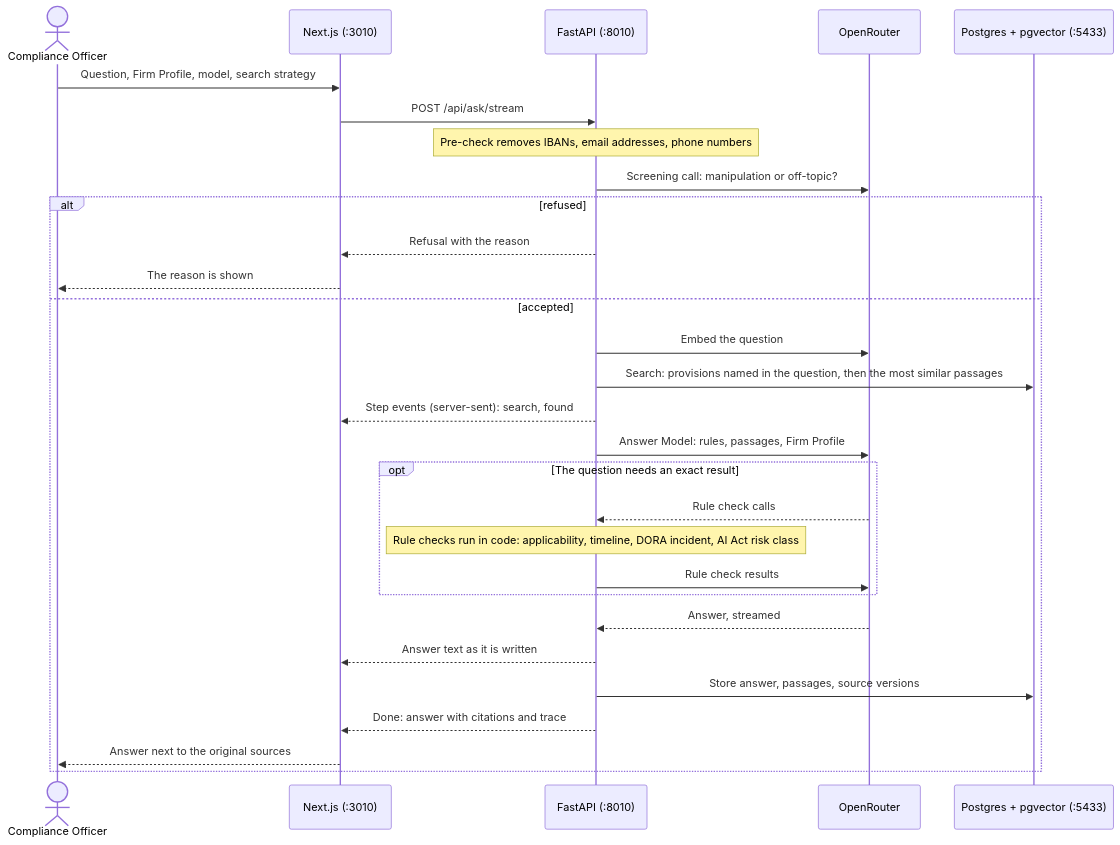
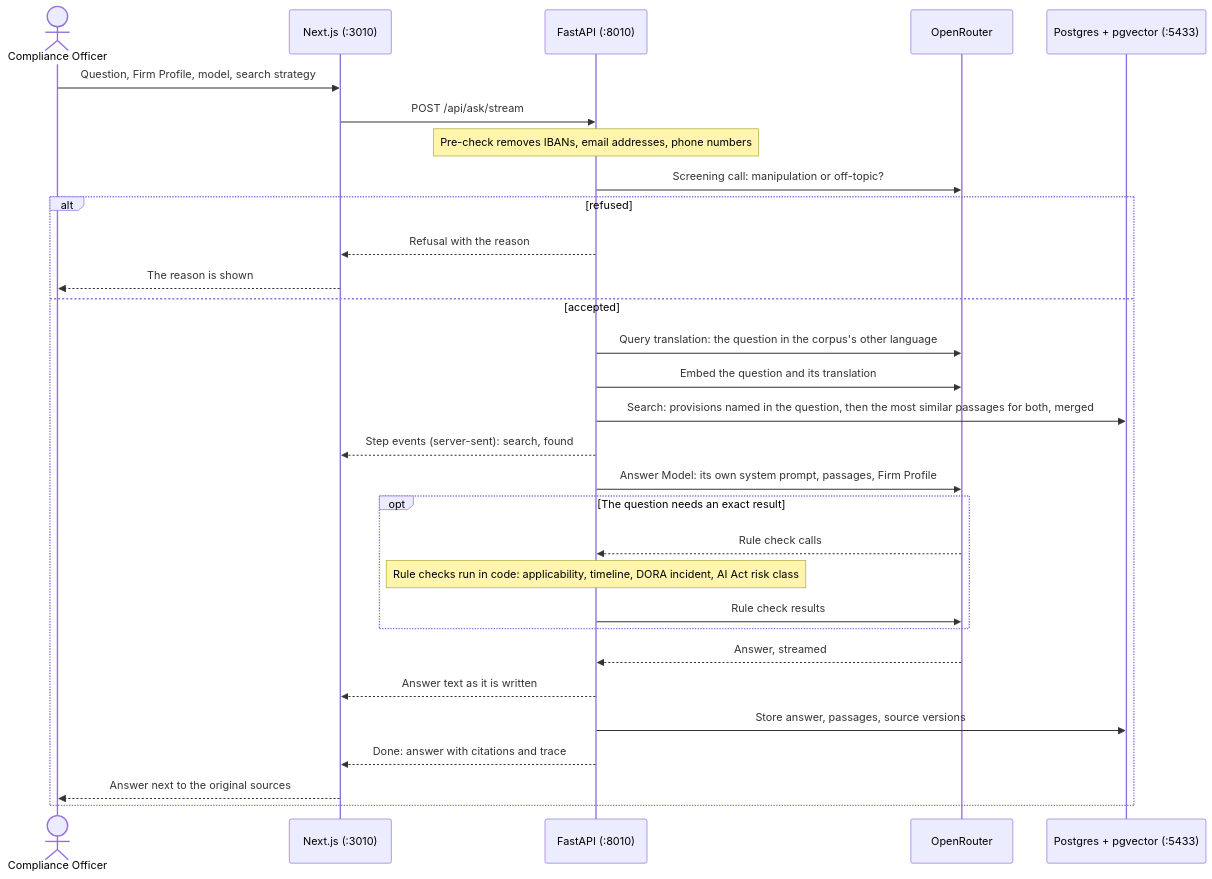
The second of 2 diagrams in README.md (r-roemisch/compliance_advisor), drawn with Mermaid before and after one commit. The commit also changed other lines of this file and 52 other files, not shown here.

````diff
--- a/README.md
+++ b/README.md
@@ -85,32 +86,33 @@
 ```mermaid
 sequenceDiagram
     actor U as Compliance Officer
     participant FE as Next.js (:3010)
     participant API as FastAPI (:8010)
     participant OR as OpenRouter
     participant DB as Postgres + pgvector (:5433)
 
     U->>FE: Question, Firm Profile, model, search strategy
     FE->>API: POST /api/ask/stream
     Note over API: Pre-check removes IBANs, email addresses, phone numbers
     API->>OR: Screening call: manipulation or off-topic?
     alt refused
         API-->>FE: Refusal with the reason
         FE-->>U: The reason is shown
     else accepted
-        API->>OR: Embed the question
-        API->>DB: Search: provisions named in the question, then the most similar passages
+        API->>OR: Query translation: the question in the corpus's other language
+        API->>OR: Embed the question and its translation
+        API->>DB: Search: provisions named in the question, then the most similar passages for both, merged
         API-->>FE: Step events (server-sent): search, found
-        API->>OR: Answer Model: rules, passages, Firm Profile
+        API->>OR: Answer Model: its own system prompt, passages, Firm Profile
         opt The question needs an exact result
             OR-->>API: Rule check calls
             Note over API: Rule checks run in code: applicability, timeline, DORA incident, AI Act risk class
             API->>OR: Rule check results
         end
         OR-->>API: Answer, streamed
         API-->>FE: Answer text as it is written
         API->>DB: Store answer, passages, source versions
         API-->>FE: Done: answer with citations and trace
         FE-->>U: Answer next to the original sources
     end
 ```
````
